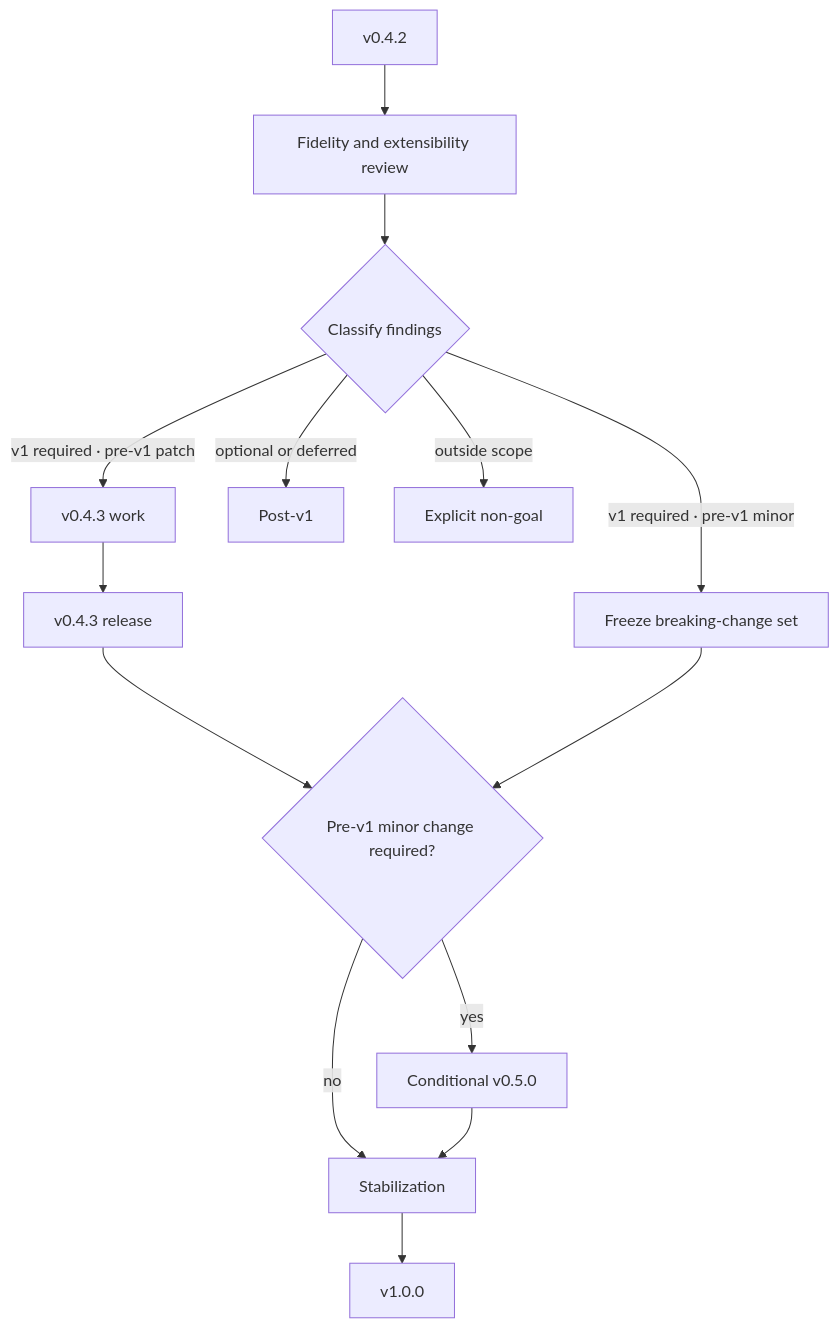
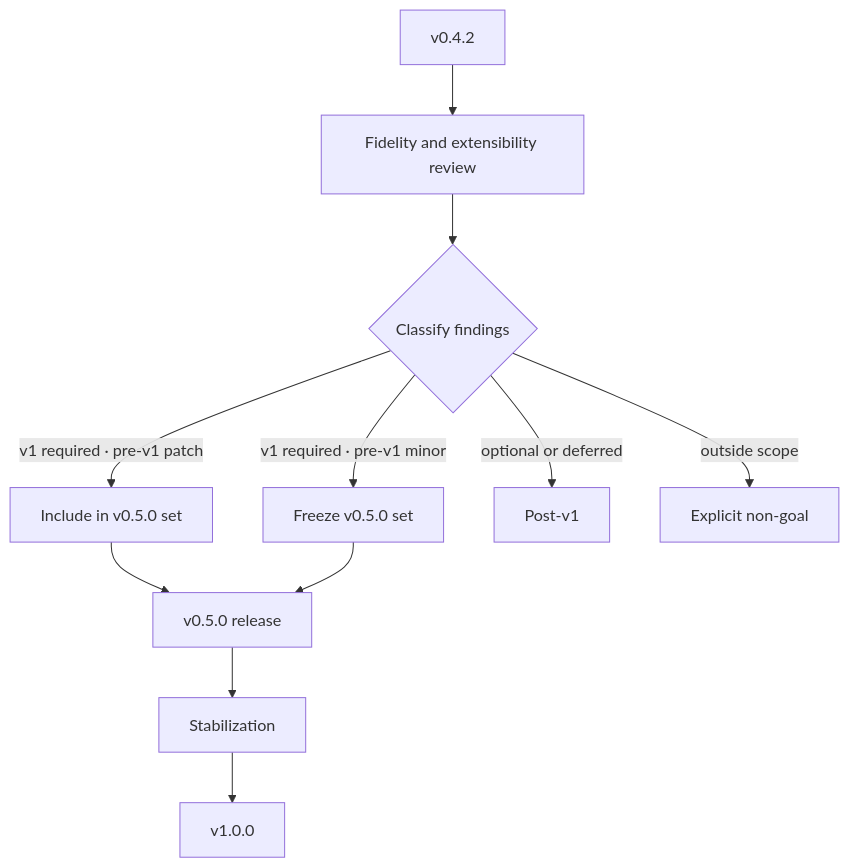
The diagram in docs/roadmap.md (electrohyun/smocket), drawn with Mermaid before and after one commit. The commit also changed other lines of this file, not shown here.

Commit message:
docs: make v0.5.0 the required pre-v1 release

````diff
--- a/docs/roadmap.md
+++ b/docs/roadmap.md
@@ -149,19 +141,15 @@
 ```mermaid
 flowchart TD
     A["v0.4.2"] --> B["Fidelity and extensibility review"]
     B --> C{"Classify findings"}
 
-    C -->|"v1 required · pre-v1 patch"| D["v0.4.3 work"]
-    C -->|"v1 required · pre-v1 minor"| E["Freeze breaking-change set"]
+    C -->|"v1 required · pre-v1 patch"| D["Include in v0.5.0 set"]
+    C -->|"v1 required · pre-v1 minor"| E["Freeze v0.5.0 set"]
     C -->|"optional or deferred"| F["Post-v1"]
     C -->|"outside scope"| G["Explicit non-goal"]
 
-    D --> H["v0.4.3 release"]
-    H --> I{"Pre-v1 minor change required?"}
-    E --> I
-
-    I -->|"yes"| J["Conditional v0.5.0"]
-    I -->|"no"| K["Stabilization"]
-    J --> K
+    D --> H["v0.5.0 release"]
+    E --> H
+    H --> K["Stabilization"]
     K --> L["v1.0.0"]
 ```
````
